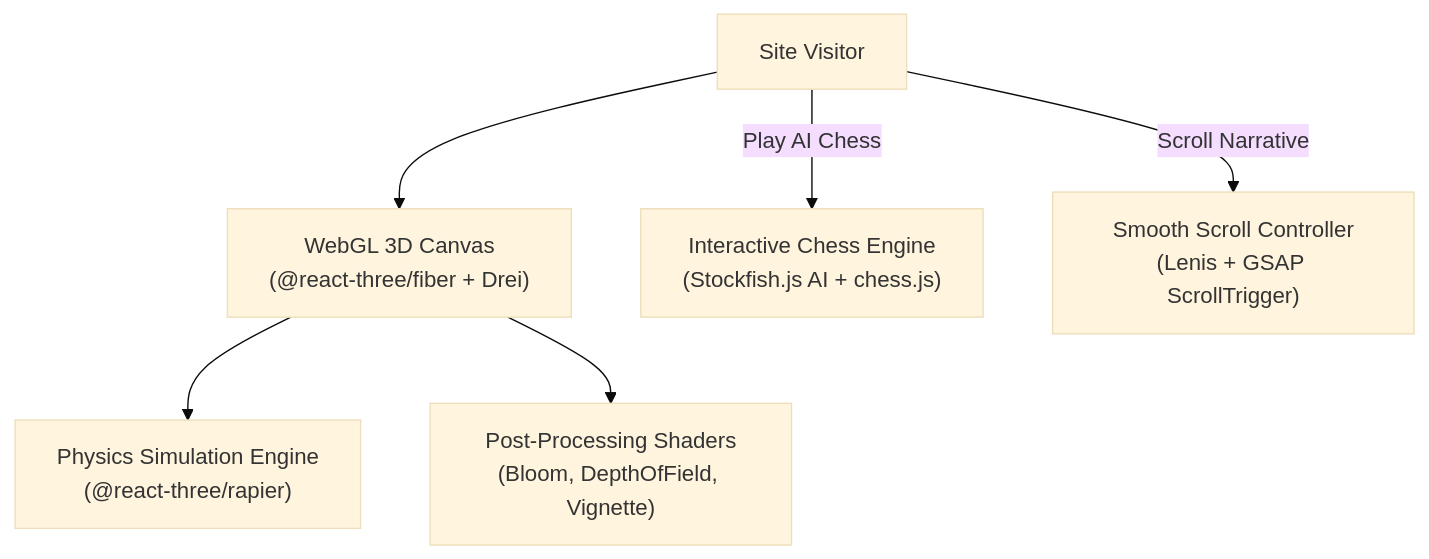
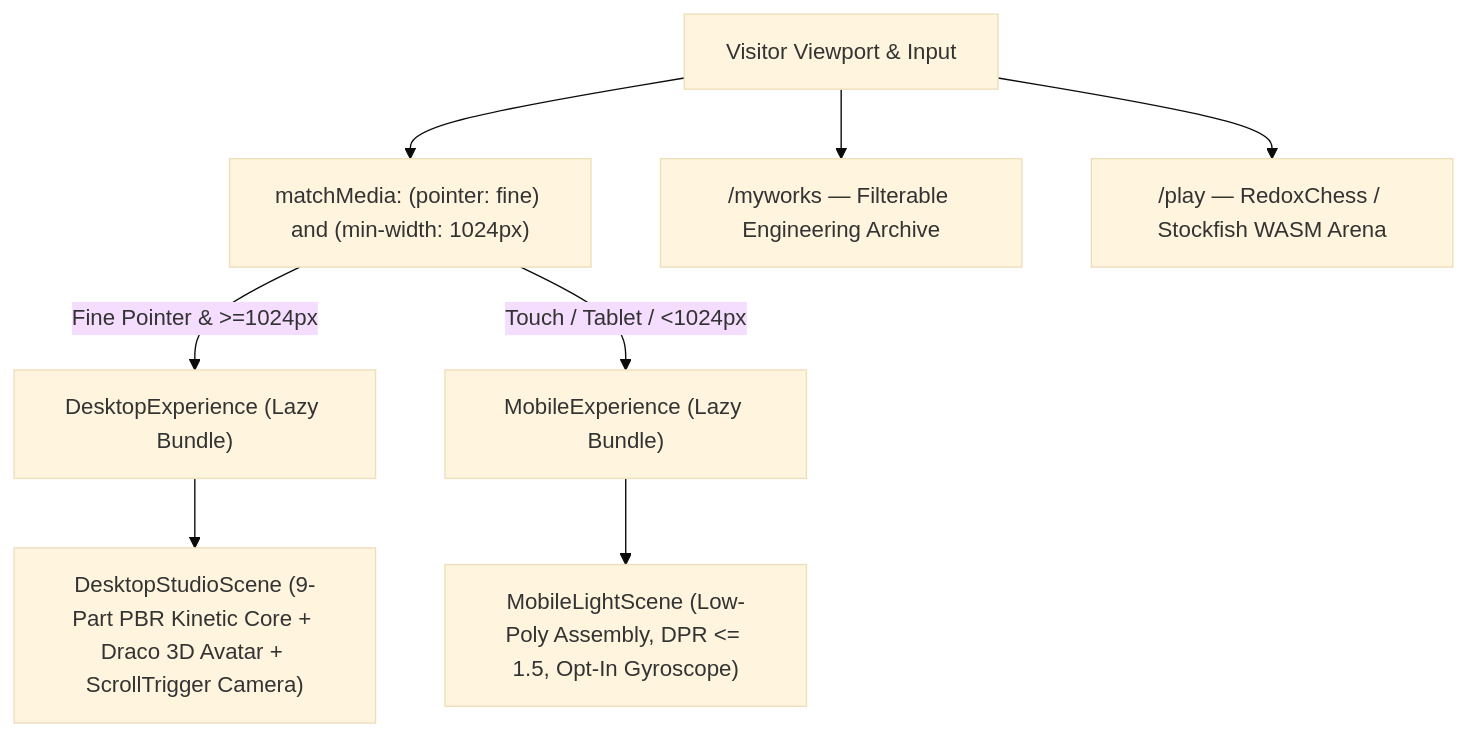
One commit to Narasimhamanam/portfolio-remake changed the diagram in README.md. Above: the diagram before and after it, drawn with Mermaid (base theme). The commit also changed other lines of this file and 30 other files, not shown here.

First line of the commit message:
refactor: redesign portfolio architecture and theme

````diff
--- a/README.md
+++ b/README.md
@@ -16,15 +15,19 @@
 ```mermaid
 graph TD
-    User["Site Visitor"]
-    Canvas["WebGL 3D Canvas<br/>(@react-three/fiber + Drei)"]
-    Physics["Physics Simulation Engine<br/>(@react-three/rapier)"]
-    Post["Post-Processing Shaders<br/>(Bloom, DepthOfField, Vignette)"]
-    Chess["Interactive Chess Engine<br/>(Stockfish.js AI + chess.js)"]
-    Scroll["Smooth Scroll Controller<br/>(Lenis + GSAP ScrollTrigger)"]
+    Visitor["Visitor Viewport & Input"]
+    MatchMedia["matchMedia: (pointer: fine) and (min-width: 1024px)"]
+    Desktop["DesktopExperience (Lazy Bundle)"]
+    Mobile["MobileExperience (Lazy Bundle)"]
+    Desktop3D["DesktopStudioScene (9-Part PBR Kinetic Core + Draco 3D Avatar + ScrollTrigger Camera)"]
+    Mobile3D["MobileLightScene (Low-Poly Assembly, DPR <= 1.5, Opt-In Gyroscope)"]
+    Archive["/myworks — Filterable Engineering Archive"]
+    Chess["/play — RedoxChess / Stockfish WASM Arena"]
 
-    User --> Canvas
-    Canvas --> Physics
-    Canvas --> Post
-    User -->|Play AI Chess| Chess
-    User -->|Scroll Narrative| Scroll
+    Visitor --> MatchMedia
+    MatchMedia -->|Fine Pointer & >=1024px| Desktop
+    MatchMedia -->|Touch / Tablet / <1024px| Mobile
+    Desktop --> Desktop3D
+    Mobile --> Mobile3D
+    Visitor --> Archive
+    Visitor --> Chess
 ```
````
